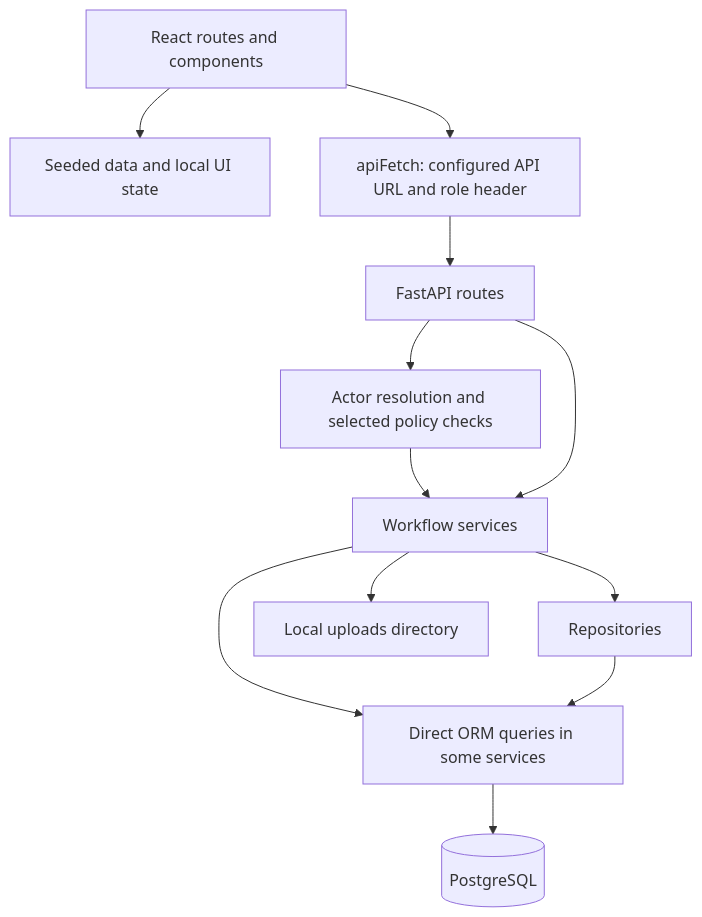
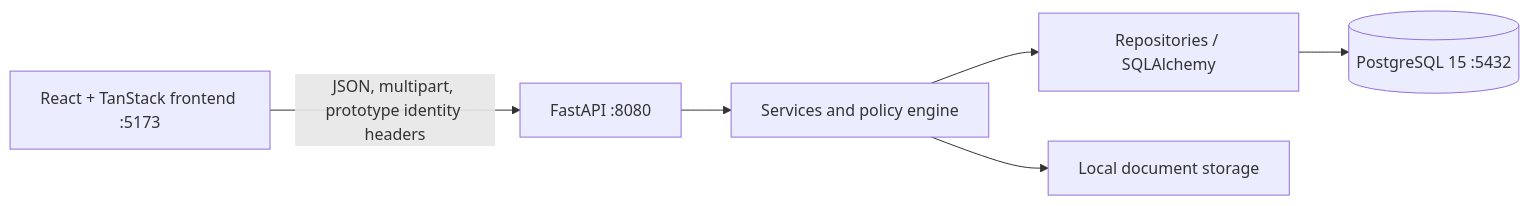
The diagram in docs/TECHNICAL_DOCUMENTATION.md (Wassimmchichi-ux/PO_ERP_project), drawn with Mermaid before and after one commit. The commit also changed other lines of this file and 55 other files, not shown here.

````diff
--- a/docs/TECHNICAL_DOCUMENTATION.md
+++ b/docs/TECHNICAL_DOCUMENTATION.md
@@ -36,14 +7,8 @@
 ```mermaid
-flowchart TB
-    UI[React routes and components] --> LOCAL[Seeded data and local UI state]
-    UI --> CLIENT[apiFetch: configured API URL and role header]
-    CLIENT --> API[FastAPI routes]
-    API --> POLICY[Actor resolution and selected policy checks]
-    POLICY --> SERVICE[Workflow services]
-    API --> SERVICE
-    SERVICE --> REPO[Repositories]
-    SERVICE --> ORM[Direct ORM queries in some services]
-    REPO --> ORM
-    ORM --> DB[(PostgreSQL)]
-    SERVICE --> FILES[Local uploads directory]
+flowchart LR
+    B[React + TanStack frontend :5173] -->|JSON, multipart, prototype identity headers| A[FastAPI :8080]
+    A --> S[Services and policy engine]
+    S --> R[Repositories / SQLAlchemy]
+    R --> P[(PostgreSQL 15 :5432)]
+    S --> F[Local document storage]
 ```
````
